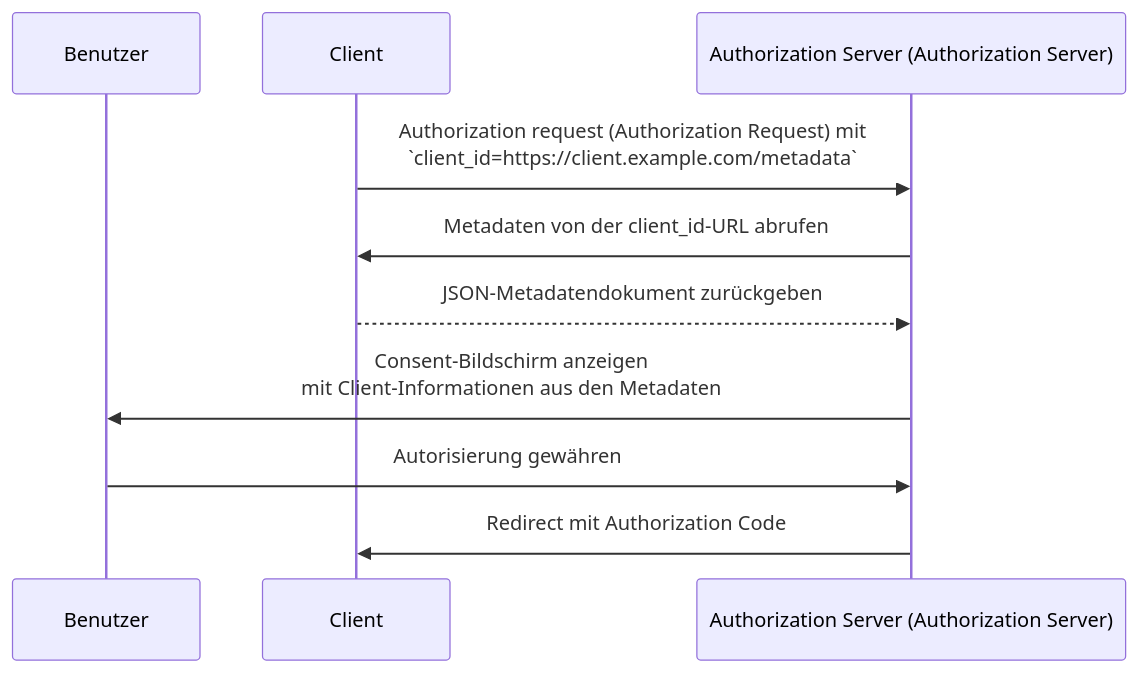
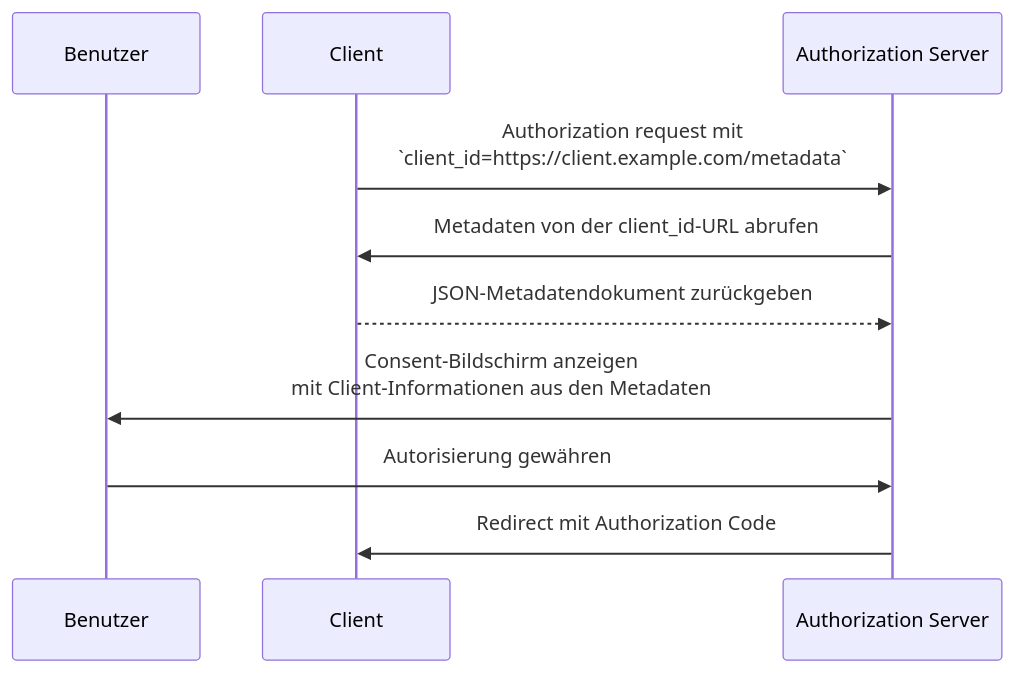
Before and after one commit to logto-io/auth-wiki: the diagram in src/content/terms/de/client-id-metadata-document.mdx, drawn with Mermaid. The commit also changed 5 other files, not shown here.

Commit message:
chore: fix mermaid participant references and redundant labels in translations

````diff
--- a/src/content/terms/de/client-id-metadata-document.mdx
+++ b/src/content/terms/de/client-id-metadata-document.mdx
@@ -19,13 +19,13 @@
 ```mermaid
 sequenceDiagram
     participant User as Benutzer
     participant Client
-    participant AS as Authorization Server (Authorization Server)
+    participant AS as Authorization Server
 
-    Client->>AS: Authorization request (Authorization Request) mit<br/>`client_id=https://client.example.com/metadata`
+    Client->>AS: Authorization request mit<br/>`client_id=https://client.example.com/metadata`
     AS->>Client: Metadaten von der client_id-URL abrufen
     Client-->>AS: JSON-Metadatendokument zurückgeben
     AS->>User: Consent-Bildschirm anzeigen<br/>mit Client-Informationen aus den Metadaten
     User->>AS: Autorisierung gewähren
     AS->>Client: Redirect mit Authorization Code
 ```
````
